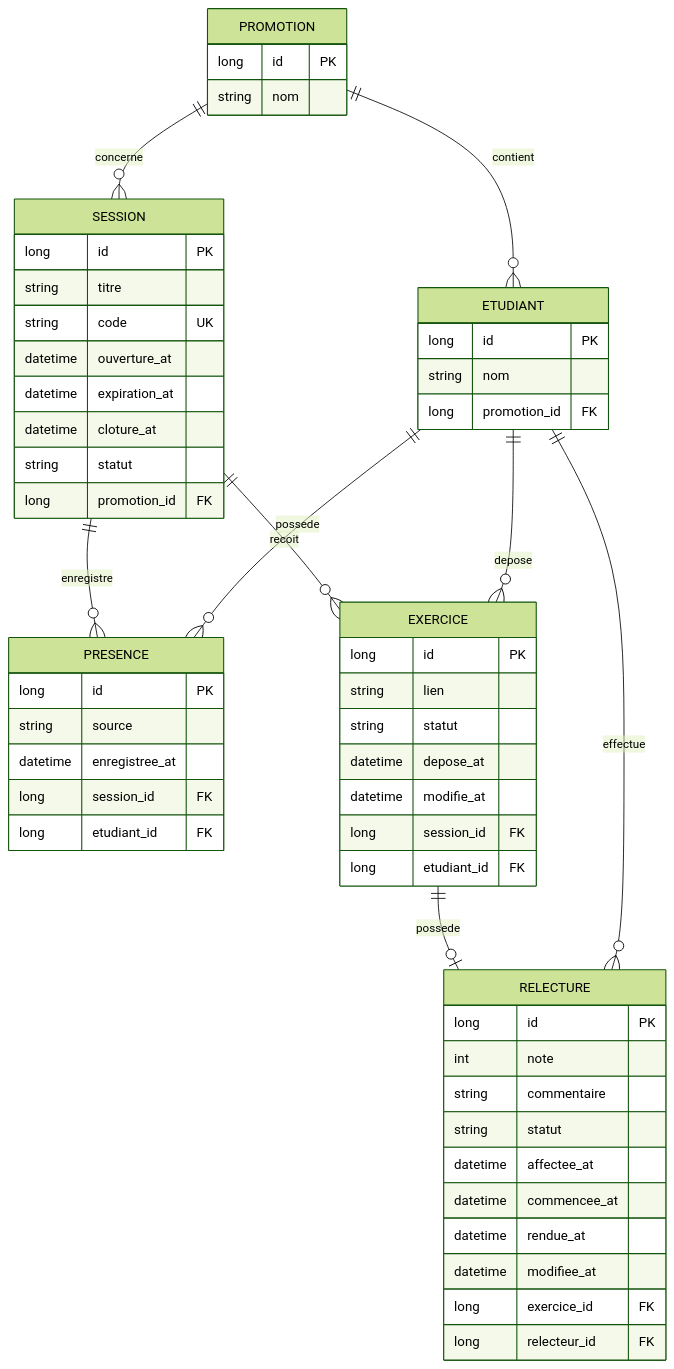
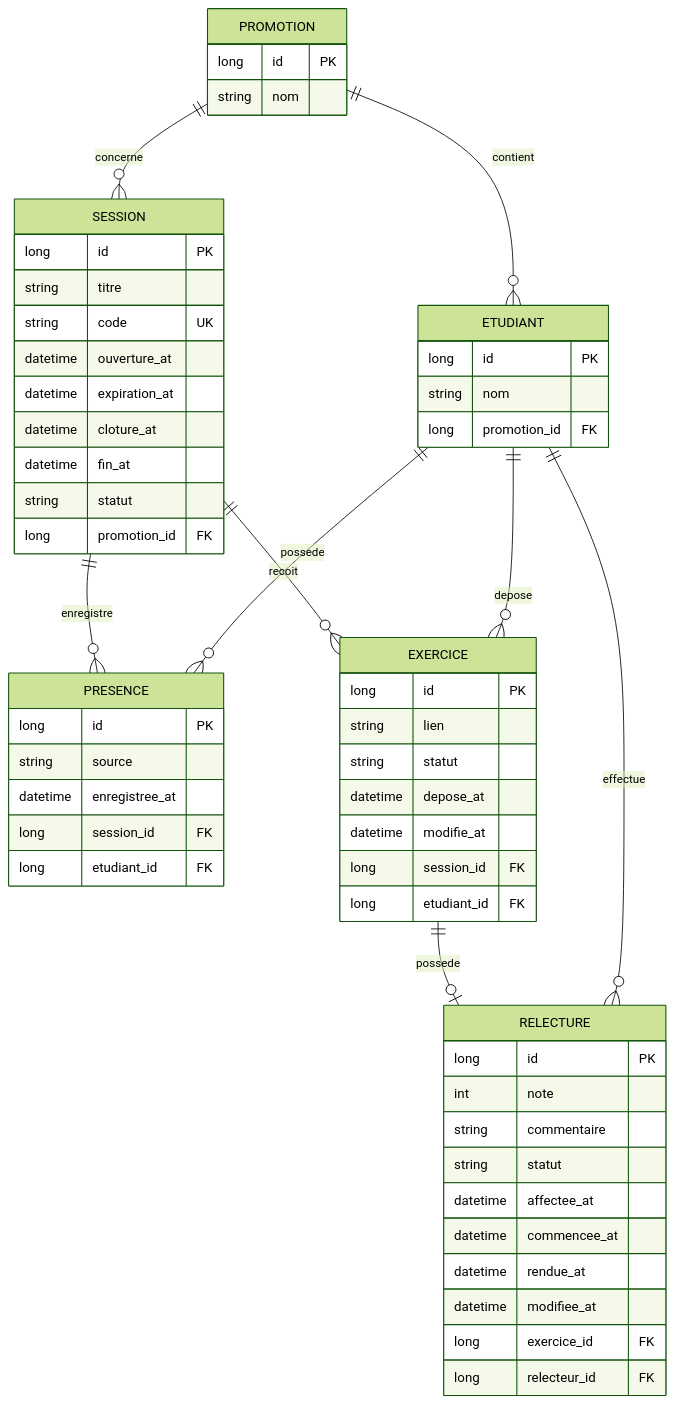
One commit to Mariekaf/kfokam48-epreuve-181 changed the diagram in docs/diagrammes/D2_MODELE_DONNEES.md. Above: the diagram before and after it, drawn with Mermaid (forest theme). The commit also changed 1 other file, not shown here.

Commit message:
docs: precise le cycle de vie des sessions

````diff
--- a/docs/diagrammes/D2_MODELE_DONNEES.md
+++ b/docs/diagrammes/D2_MODELE_DONNEES.md
@@ -5,68 +5,69 @@
 ```mermaid
 erDiagram
 
     PROMOTION ||--o{ ETUDIANT : "contient"
     PROMOTION ||--o{ SESSION : "concerne"
 
     SESSION ||--o{ PRESENCE : "enregistre"
     ETUDIANT ||--o{ PRESENCE : "possede"
 
     SESSION ||--o{ EXERCICE : "recoit"
     ETUDIANT ||--o{ EXERCICE : "depose"
 
     EXERCICE ||--o| RELECTURE : "possede"
     ETUDIANT ||--o{ RELECTURE : "effectue"
 
     PROMOTION {
         long id PK
         string nom
     }
 
     ETUDIANT {
         long id PK
         string nom
         long promotion_id FK
     }
 
     SESSION {
         long id PK
         string titre
         string code UK
         datetime ouverture_at
         datetime expiration_at
         datetime cloture_at
+        datetime fin_at
         string statut
         long promotion_id FK
     }
 
     PRESENCE {
         long id PK
         string source
         datetime enregistree_at
         long session_id FK
         long etudiant_id FK
     }
 
     EXERCICE {
         long id PK
         string lien
         string statut
         datetime depose_at
         datetime modifie_at
         long session_id FK
         long etudiant_id FK
     }
 
     RELECTURE {
         long id PK
         int note
         string commentaire
         string statut
         datetime affectee_at
         datetime commencee_at
         datetime rendue_at
         datetime modifiee_at
         long exercice_id FK
         long relecteur_id FK
     }
 ```
````
